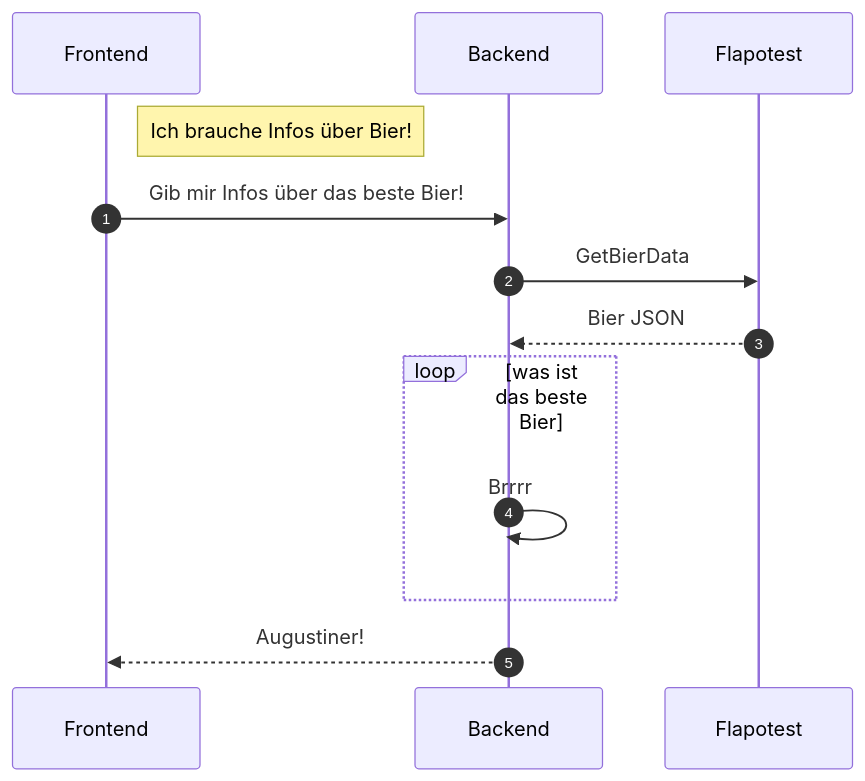
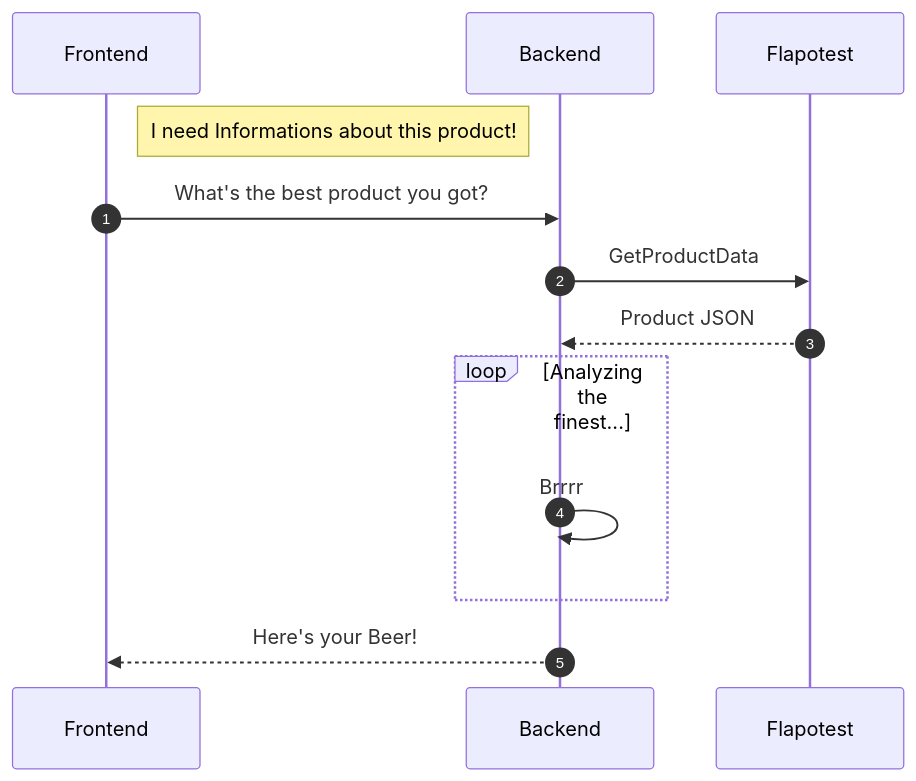
Before and after one commit to NicoFilips/AzureAPIManagement.bl-bottle-api: the diagram in README.md, drawn with Mermaid. The commit also changed other lines of this file, not shown here.

````diff
--- a/README.md
+++ b/README.md
@@ -4,12 +8,12 @@
 ```mermaid
 sequenceDiagram
     autonumber
-    Note right of Frontend: Ich brauche Infos über Bier!
-    Frontend->>Backend: Gib mir Infos über das beste Bier!
-    Backend->>Flapotest: GetBierData
-    Flapotest-->>Backend: Bier JSON
-    loop was ist das beste Bier
+    Note right of Frontend: I need Informations about this product!
+    Frontend->>Backend: What's the best product you got?
+    Backend->>Flapotest: GetProductData
+    Flapotest-->>Backend: Product JSON
+    loop Analyzing the finest...
         Backend->>Backend: Brrrr 
     end
-    Backend-->>Frontend: Augustiner!
+    Backend-->>Frontend: Here's your Beer!
 ```
````
